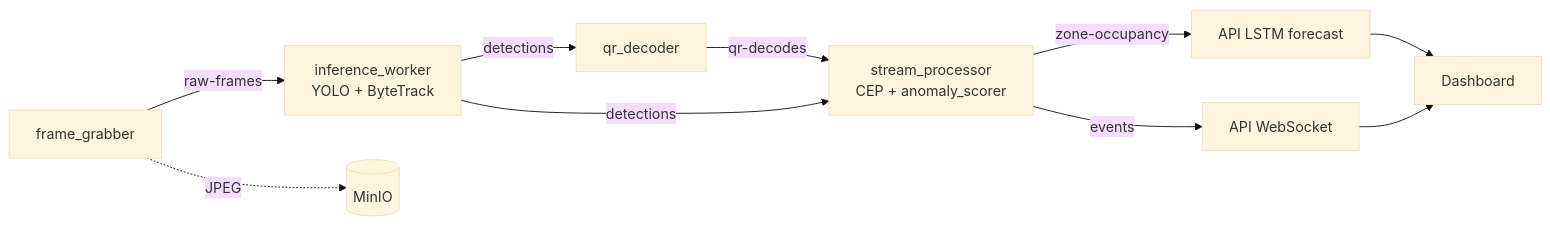
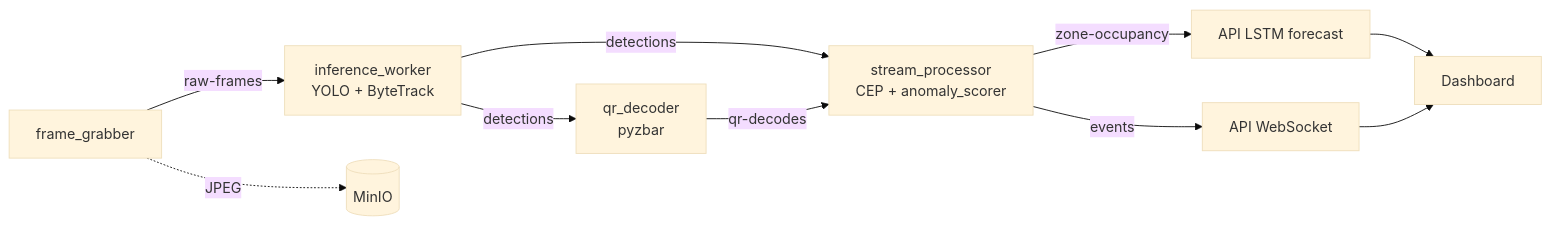
The second of 3 diagrams in ONBOARDING.md (Ayalem/logivision_v2), drawn with Mermaid (base theme) before and after one commit. The commit also changed other lines of this file, not shown here.

Commit message:
docs: fold the complete architecture into ONBOARDING.md (nothing dropped)

````diff
--- a/ONBOARDING.md
+++ b/ONBOARDING.md
@@ -359,11 +388,12 @@
 ```mermaid
 flowchart LR
   FG[frame_grabber] -- raw-frames --> IW[inference_worker<br/>YOLO + ByteTrack]
   FG -. JPEG .-> M[(MinIO)]
-  IW -- detections --> QR[qr_decoder] -- qr-decodes --> CEP[stream_processor<br/>CEP + anomaly_scorer]
-  IW -- detections --> CEP
+  IW -- detections --> QR[qr_decoder<br/>pyzbar]
+  IW -- detections --> CEP[stream_processor<br/>CEP + anomaly_scorer]
+  QR -- qr-decodes --> CEP
   CEP -- zone-occupancy --> LSTM[API LSTM forecast]
   CEP -- events --> WS[API WebSocket]
   LSTM --> UI[Dashboard]
   WS --> UI
 ```
````
